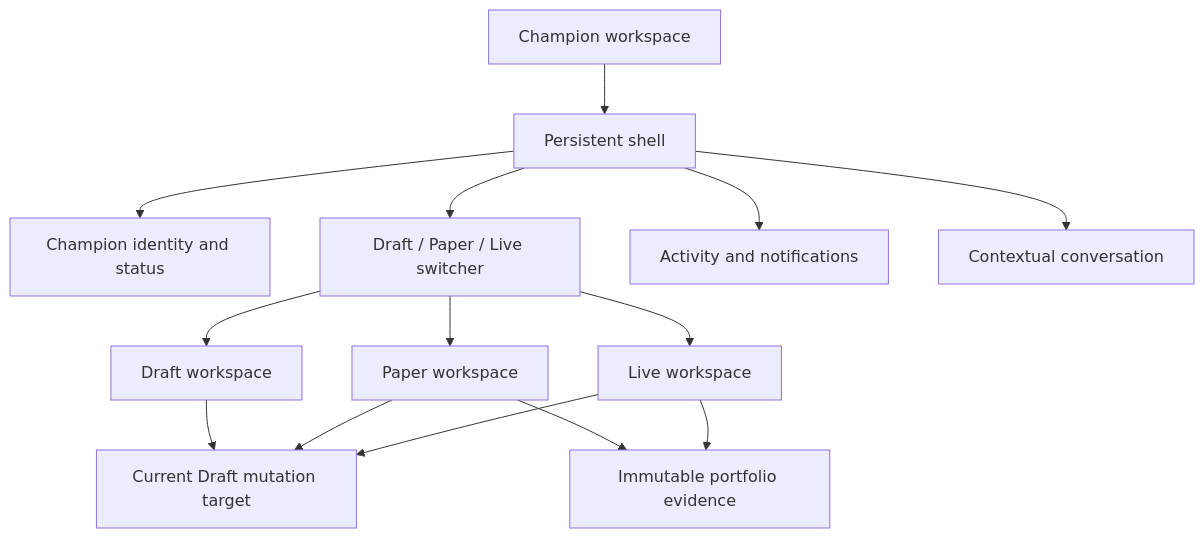
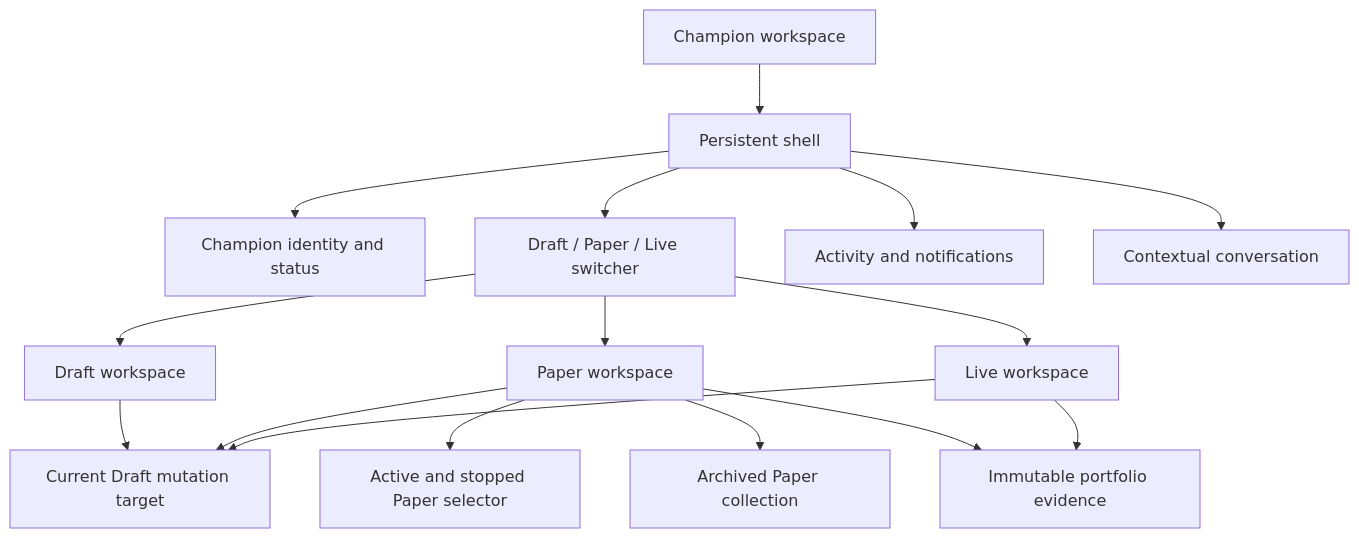
Before and after one commit to moosefroggo/vantheon-architecture: the diagram in docs/information-architecture.md, drawn with Mermaid. The commit also changed other lines of this file and 6 other files, not shown here.

````diff
--- a/docs/information-architecture.md
+++ b/docs/information-architecture.md
@@ -19,16 +19,18 @@
 ```mermaid
 flowchart TB
     W[Champion workspace] --> S[Persistent shell]
     S --> I[Champion identity and status]
     S --> N[Draft / Paper / Live switcher]
     S --> A[Activity and notifications]
     S --> C[Contextual conversation]
     N --> D[Draft workspace]
     N --> P[Paper workspace]
     N --> L[Live workspace]
     D --> T[Current Draft mutation target]
     P --> T
     L --> T
+    P --> PS[Active and stopped Paper selector]
+    P --> AR[Archived Paper collection]
     P --> E[Immutable portfolio evidence]
     L --> E
 ```
````
